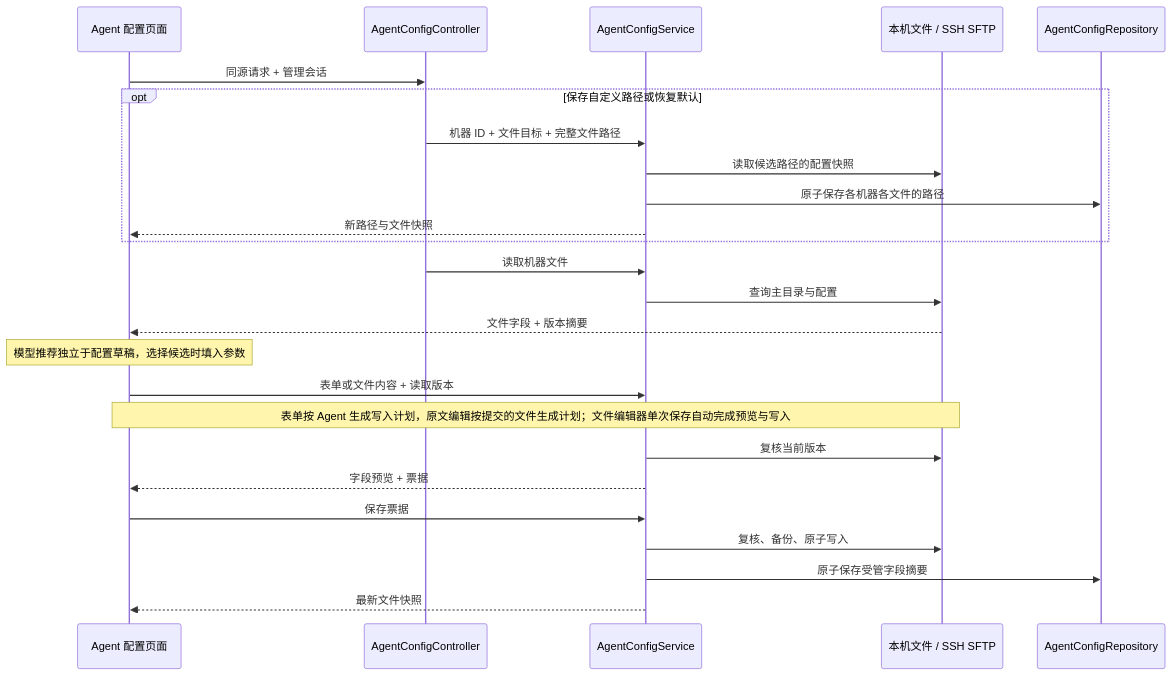
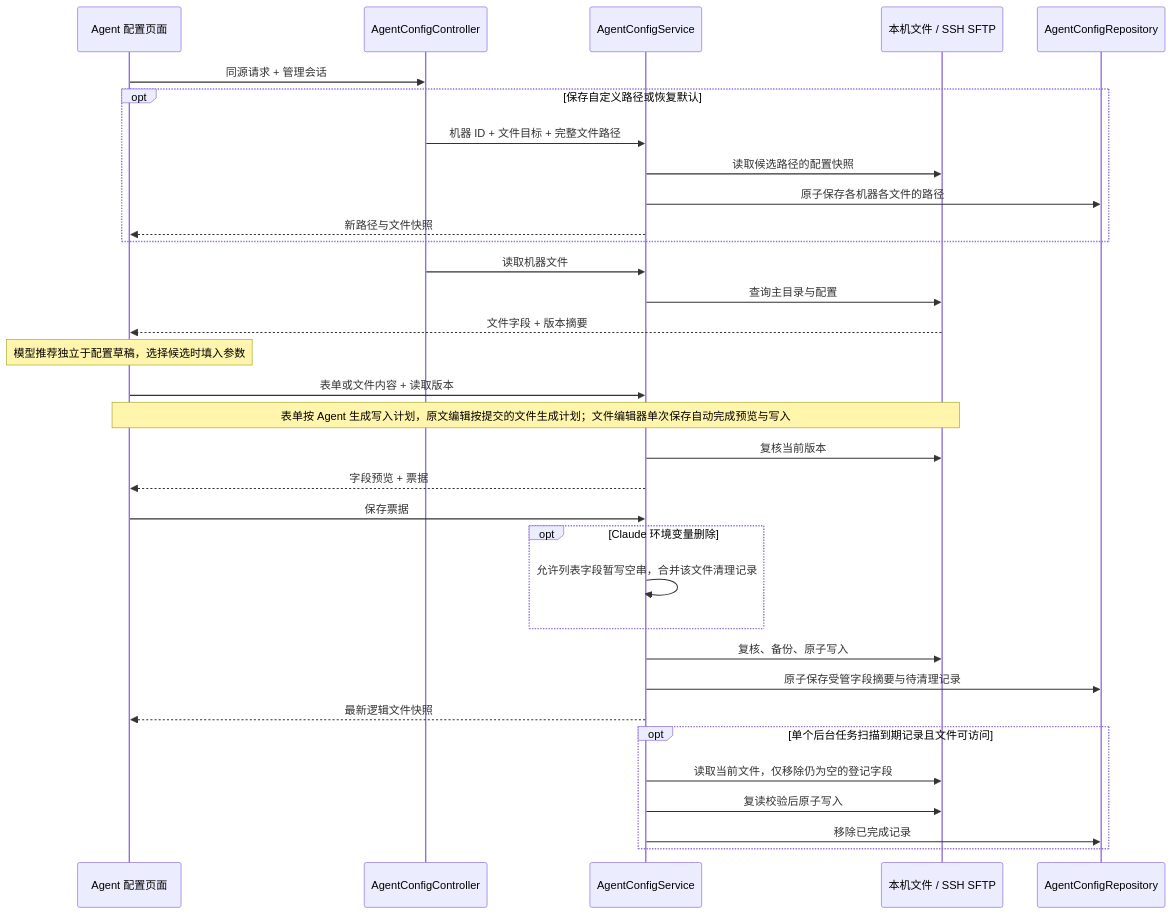
One commit to VonSdite/LLM_Proxy changed the seventh of 15 diagrams in docs/architecture-4plus1.md. Above: the diagram before and after it, drawn with Mermaid. The commit also changed other lines of this file and 78 other files, not shown here.

````diff
--- a/docs/architecture-4plus1.md
+++ b/docs/architecture-4plus1.md
@@ -1334,27 +1336,35 @@
 ```mermaid
 sequenceDiagram
     participant Browser as Agent 配置页面
     participant API as AgentConfigController
     participant Service as AgentConfigService
     participant Files as 本机文件 / SSH SFTP
     participant State as AgentConfigRepository
     Browser->>API: 同源请求 + 管理会话
     opt 保存自定义路径或恢复默认
         API->>Service: 机器 ID + 文件目标 + 完整文件路径
         Service->>Files: 读取候选路径的配置快照
         Service->>State: 原子保存各机器各文件的路径
         Service-->>Browser: 新路径与文件快照
     end
     API->>Service: 读取机器文件
     Service->>Files: 查询主目录与配置
     Files-->>Browser: 文件字段 + 版本摘要
     Note over Browser: 模型推荐独立于配置草稿，选择候选时填入参数
     Browser->>Service: 表单或文件内容 + 读取版本
     Note over Browser,Files: 表单按 Agent 生成写入计划，原文编辑按提交的文件生成计划；文件编辑器单次保存自动完成预览与写入
     Service->>Files: 复核当前版本
     Service-->>Browser: 字段预览 + 票据
     Browser->>Service: 保存票据
+    opt Claude 环境变量删除
+        Service->>Service: 允许列表字段暂写空串，合并该文件清理记录
+    end
     Service->>Files: 复核、备份、原子写入
-    Service->>State: 原子保存受管字段摘要
-    Service-->>Browser: 最新文件快照
+    Service->>State: 原子保存受管字段摘要与待清理记录
+    Service-->>Browser: 最新逻辑文件快照
+    opt 单个后台任务扫描到期记录且文件可访问
+        Service->>Files: 读取当前文件，仅移除仍为空的登记字段
+        Service->>Files: 复读校验后原子写入
+        Service->>State: 移除已完成记录
+    end
 ```
````
